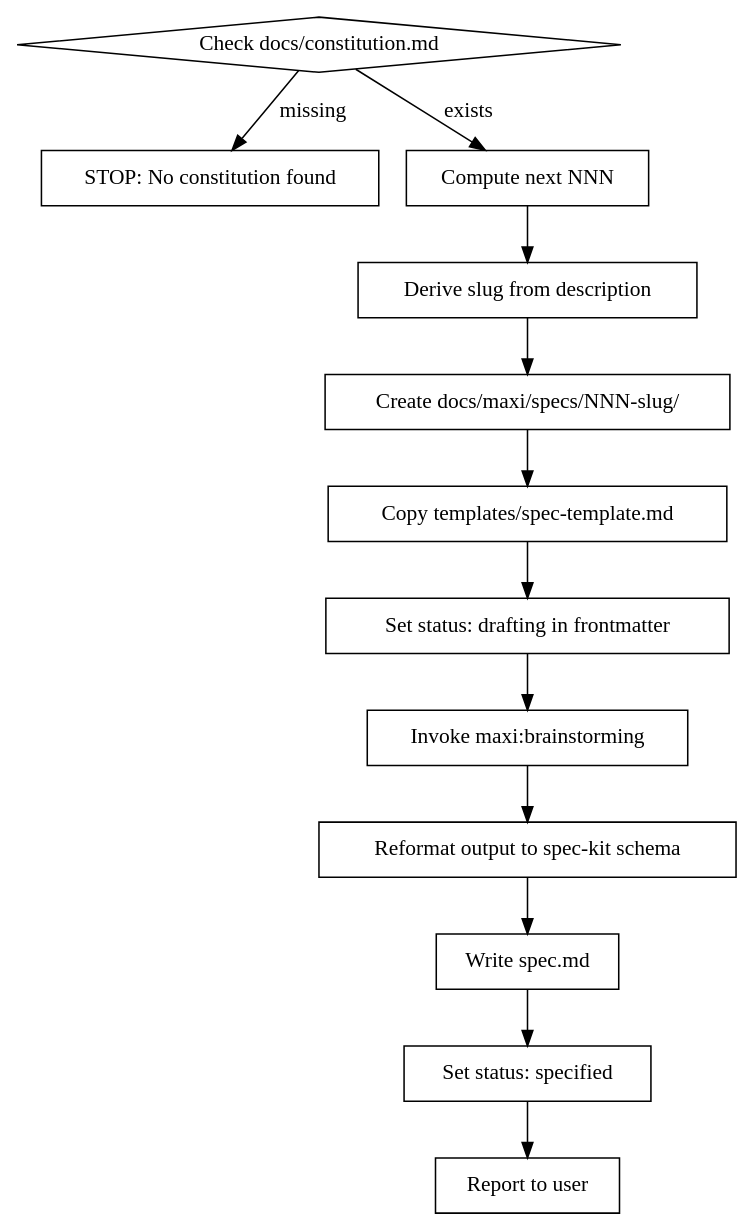
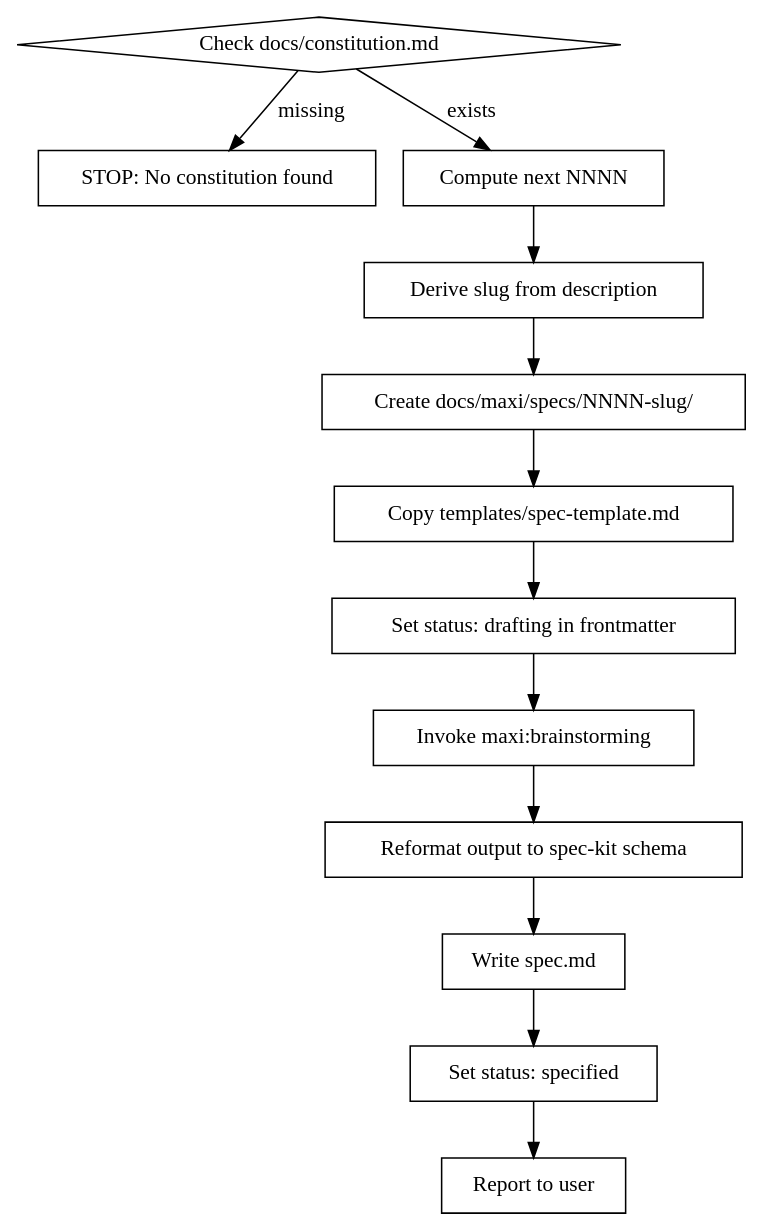
One commit to amoutiers/maxi-superpowers changed the diagram in skills/specify/SKILL.md. Above: the diagram before and after it, drawn with Graphviz. The commit also changed other lines of this file and 17 other files, not shown here.

First line of the commit message:
feat(spec): use 4-digit zero-padded numbering (NNNN- / 0001-)

````diff
--- a/skills/specify/SKILL.md
+++ b/skills/specify/SKILL.md
@@ -17,28 +17,28 @@
 ```dot
 digraph specify {
     "Check docs/constitution.md" [shape=diamond];
     "STOP: No constitution found" [shape=box];
-    "Compute next NNN" [shape=box];
+    "Compute next NNNN" [shape=box];
     "Derive slug from description" [shape=box];
-    "Create docs/maxi/specs/NNN-slug/" [shape=box];
+    "Create docs/maxi/specs/NNNN-slug/" [shape=box];
     "Copy templates/spec-template.md" [shape=box];
     "Set status: drafting in frontmatter" [shape=box];
     "Invoke maxi:brainstorming" [shape=box];
     "Reformat output to spec-kit schema" [shape=box];
     "Write spec.md" [shape=box];
     "Set status: specified" [shape=box];
     "Report to user" [shape=box];
 
     "Check docs/constitution.md" -> "STOP: No constitution found" [label="missing"];
-    "Check docs/constitution.md" -> "Compute next NNN" [label="exists"];
-    "Compute next NNN" -> "Derive slug from description";
-    "Derive slug from description" -> "Create docs/maxi/specs/NNN-slug/";
-    "Create docs/maxi/specs/NNN-slug/" -> "Copy templates/spec-template.md";
+    "Check docs/constitution.md" -> "Compute next NNNN" [label="exists"];
+    "Compute next NNNN" -> "Derive slug from description";
+    "Derive slug from description" -> "Create docs/maxi/specs/NNNN-slug/";
+    "Create docs/maxi/specs/NNNN-slug/" -> "Copy templates/spec-template.md";
     "Copy templates/spec-template.md" -> "Set status: drafting in frontmatter";
     "Set status: drafting in frontmatter" -> "Invoke maxi:brainstorming";
     "Invoke maxi:brainstorming" -> "Reformat output to spec-kit schema";
     "Reformat output to spec-kit schema" -> "Write spec.md";
     "Write spec.md" -> "Set status: specified";
     "Set status: specified" -> "Report to user";
 }
 ```
````
